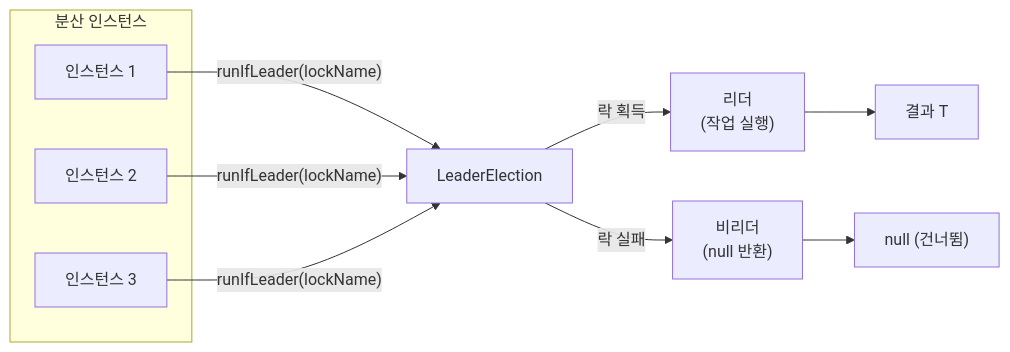
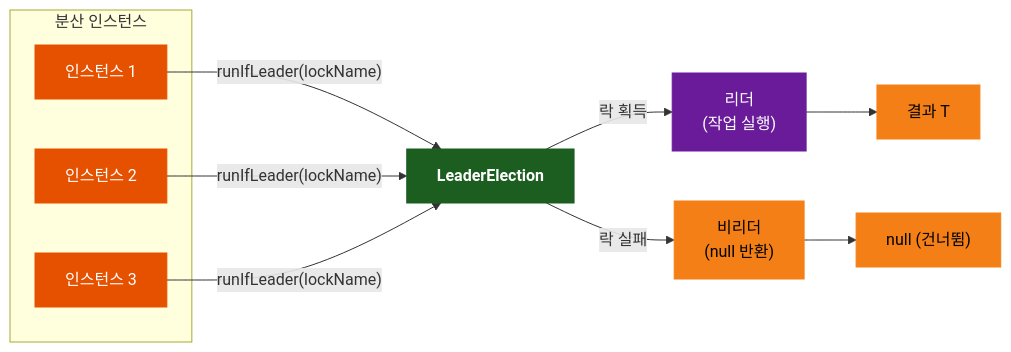
One commit to bluetape4k/bluetape4k-projects changed the first of 5 diagrams in utils/leader/README.ko.md. Above: the diagram before and after it, drawn with Mermaid. The commit also changed other lines of this file and 221 other files, not shown here.

First line of the commit message:
docs: 전체 모듈 README UML 다이어그램 보강 및 색상 업그레이드

````diff
--- a/utils/leader/README.ko.md
+++ b/utils/leader/README.ko.md
@@ -31,16 +31,28 @@
 ```mermaid
 flowchart LR
     subgraph Instances["분산 인스턴스"]
         I1["인스턴스 1"]
         I2["인스턴스 2"]
         I3["인스턴스 3"]
     end
 
     I1 -->|" runIfLeader(lockName) "| LE[LeaderElection]
     I2 -->|" runIfLeader(lockName) "| LE
     I3 -->|" runIfLeader(lockName) "| LE
     LE -->|" 락 획득 "| L["리더\n(작업 실행)"]
     LE -->|" 락 실패 "| S["비리더\n(null 반환)"]
     L --> R["결과 T"]
     S --> N["null (건너뜀)"]
+
+    classDef coreStyle fill:#1B5E20,stroke:#1B5E20,color:#FFFFFF,font-weight:bold
+    classDef serviceStyle fill:#1565C0,stroke:#1565C0,color:#FFFFFF
+    classDef utilStyle fill:#E65100,stroke:#E65100,color:#FFFFFF
+    classDef asyncStyle fill:#6A1B9A,stroke:#6A1B9A,color:#FFFFFF
+    classDef dataStyle fill:#F57F17,stroke:#F57F17,color:#000000
+
+    class I1,I2,I3 utilStyle
+    class LE coreStyle
+    class L asyncStyle
+    class S,N dataStyle
+    class R dataStyle
 ```
````
